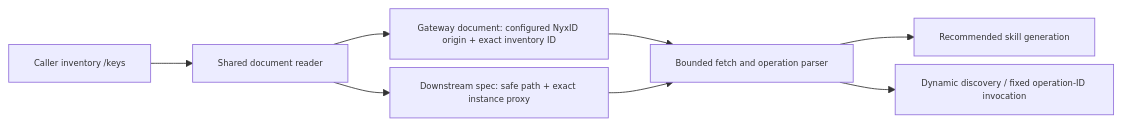
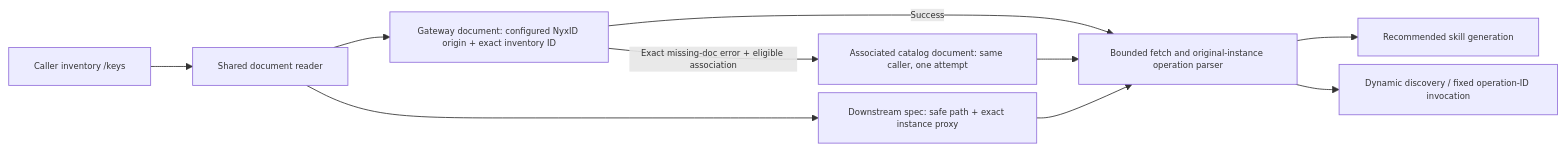
The first of 2 diagrams in docs/canon/nyxid-connected-service-tools.md (aevatarAI/aevatar), drawn with Mermaid before and after one commit. The commit also changed other lines of this file and 4 other files, not shown here.

Commit message:
Fix NyxID catalog document fallback

````diff
--- a/docs/canon/nyxid-connected-service-tools.md
+++ b/docs/canon/nyxid-connected-service-tools.md
@@ -28,11 +32,13 @@
 ```mermaid
 %%{init: {"maxTextSize": 100000, "flowchart": {"useMaxWidth": false, "nodeSpacing": 10, "rankSpacing": 50}, "themeVariables": {"fontSize": "10px"}}}%%
 flowchart LR
     I["Caller inventory /keys"] --> R["Shared document reader"]
     R --> G["Gateway document: configured NyxID origin + exact inventory ID"]
     R --> D["Downstream spec: safe path + exact instance proxy"]
-    G --> P["Bounded fetch and operation parser"]
+    G -->|"Success"| P["Bounded fetch and original-instance operation parser"]
+    G -->|"Exact missing-doc error + eligible association"| C["Associated catalog document: same caller, one attempt"]
+    C --> P
     D --> P
     P --> S["Recommended skill generation"]
     P --> T["Dynamic discovery / fixed operation-ID invocation"]
 ```
````
